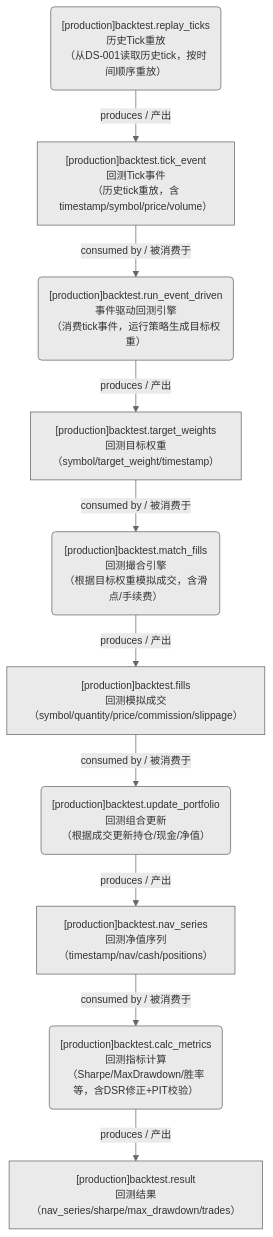
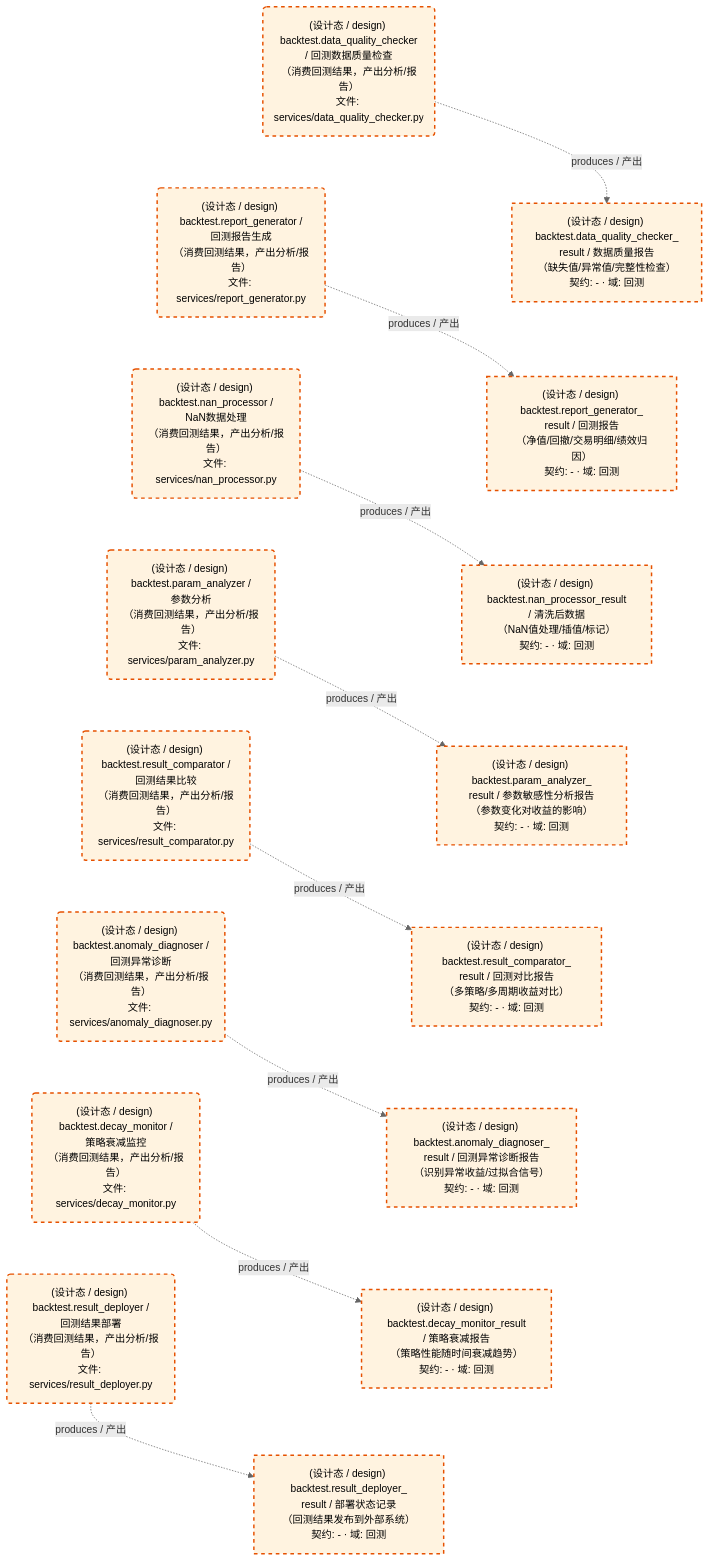
Before and after one commit to xuanFelixVan/ZephyrAlpha: the third of 3 diagrams in docs/02_enterprise_architecture/05_dataflow_architecture/d_backtest.md, drawn with Mermaid. The commit also changed other lines of this file and 15 other files, not shown here.

First line of the commit message:
feat(dataflow): 数据流图生成器模板 V1.2 全面升级——灰色主题+TD竖排+四要素+预折行+HTML联动

````diff
--- a/docs/02_enterprise_architecture/05_dataflow_architecture/d_backtest.md
+++ b/docs/02_enterprise_architecture/05_dataflow_architecture/d_backtest.md
@@ -121,23 +160,47 @@
 ```mermaid
-%%{init: {'theme': 'base', 'themeVariables': {'primaryColor': '#eaeaea', 'primaryTextColor': '#333333', 'primaryBorderColor': '#666666', 'lineColor': '#666666', 'secondaryColor': '#eaeaea', 'tertiaryColor': '#eaeaea', 'fontSize': '14px'}}}%%
+%%{init: {'theme': 'base', 'themeVariables': {'primaryColor': '#eaeaea', 'primaryTextColor': '#333333', 'primaryBorderColor': '#666666', 'lineColor': '#666666', 'secondaryColor': '#eaeaea', 'tertiaryColor': '#eaeaea', 'clusterBkg': 'transparent', 'clusterBorder': 'transparent', 'fontSize': '14px'}}}%%
 flowchart TD
-    DS12959["[production]backtest.fills<br/>回测模拟成交<br/>（symbol/quantity/price/commission/slippage）"]
-    DS12960["[production]backtest.nav_series<br/>回测净值序列<br/>（timestamp/nav/cash/positions）"]
-    DS12958["[production]backtest.target_weights<br/>回测目标权重<br/>（symbol/target_weight/timestamp）"]
-    DS12957["[production]backtest.tick_event<br/>回测Tick事件<br/>（历史tick重放，含timestamp/symbol/price/volume）"]
-    DS12956["[production]backtest.result<br/>回测结果<br/>（nav_series/sharpe/max_drawdown/trades）"]
-    JOB807126("[production]backtest.calc_metrics<br/>回测指标计算<br/>（Sharpe/MaxDrawdown/胜率等，含DSR修正+PIT校验）")
-    JOB807124("[production]backtest.match_fills<br/>回测撮合引擎<br/>（根据目标权重模拟成交，含滑点/手续费）")
-    JOB807122("[production]backtest.replay_ticks<br/>历史Tick重放<br/>（从DS-001读取历史tick，按时间顺序重放）")
-    JOB807123("[production]backtest.run_event_driven<br/>事件驱动回测引擎<br/>（消费tick事件，运行策略生成目标权重）")
-    JOB807125("[production]backtest.update_portfolio<br/>回测组合更新<br/>（根据成交更新持仓/现金/净值）")
-    JOB807126 -->|produces / 产出| DS12956
-    JOB807122 -->|produces / 产出| DS12957
-    JOB807123 -->|produces / 产出| DS12958
-    JOB807124 -->|produces / 产出| DS12959
-    JOB807125 -->|produces / 产出| DS12960
-    DS12957 -->|consumed by / 被消费于| JOB807123
-    DS12958 -->|consumed by / 被消费于| JOB807124
-    DS12959 -->|consumed by / 被消费于| JOB807125
-    DS12960 -->|consumed by / 被消费于| JOB807126
+    DS11245["(设计态 / design) backtest.anomaly_diagnoser_<br/>result / 回测异常诊断报告<br/>（识别异常收益/过拟合信号）<br/>契约: - · 域: 回测"]
+    DS11246["(设计态 / design) backtest.data_quality_checker_<br/>result / 数据质量报告<br/>（缺失值/异常值/完整性检查）<br/>契约: - · 域: 回测"]
+    DS11247["(设计态 / design) backtest.decay_monitor_result<br/>/ 策略衰减报告<br/>（策略性能随时间衰减趋势）<br/>契约: - · 域: 回测"]
+    DS11248["(设计态 / design) backtest.nan_processor_result<br/>/ 清洗后数据<br/>（NaN值处理/插值/标记）<br/>契约: - · 域: 回测"]
+    DS11249["(设计态 / design) backtest.param_analyzer_<br/>result / 参数敏感性分析报告<br/>（参数变化对收益的影响）<br/>契约: - · 域: 回测"]
+    DS11250["(设计态 / design) backtest.report_generator_<br/>result / 回测报告<br/>（净值/回撤/交易明细/绩效归因）<br/>契约: - · 域: 回测"]
+    DS11251["(设计态 / design) backtest.result_comparator_<br/>result / 回测对比报告<br/>（多策略/多周期收益对比）<br/>契约: - · 域: 回测"]
+    DS11252["(设计态 / design) backtest.result_deployer_<br/>result / 部署状态记录<br/>（回测结果发布到外部系统）<br/>契约: - · 域: 回测"]
+    JOB757609("(设计态 / design) backtest.anomaly_diagnoser /<br/>回测异常诊断<br/>（消费回测结果，产出分析/报告）<br/>文件: services/anomaly_diagnoser.py")
+    JOB757610("(设计态 / design) backtest.data_quality_checker<br/>/ 回测数据质量检查<br/>（消费回测结果，产出分析/报告）<br/>文件: services/data_quality_checker.py")
+    JOB757611("(设计态 / design) backtest.decay_monitor /<br/>策略衰减监控<br/>（消费回测结果，产出分析/报告）<br/>文件: services/decay_monitor.py")
+    JOB757612("(设计态 / design) backtest.nan_processor /<br/>NaN数据处理<br/>（消费回测结果，产出分析/报告）<br/>文件: services/nan_processor.py")
+    JOB757613("(设计态 / design) backtest.param_analyzer /<br/>参数分析<br/>（消费回测结果，产出分析/报告）<br/>文件: services/param_analyzer.py")
+    JOB757614("(设计态 / design) backtest.report_generator /<br/>回测报告生成<br/>（消费回测结果，产出分析/报告）<br/>文件: services/report_generator.py")
+    JOB757615("(设计态 / design) backtest.result_comparator /<br/>回测结果比较<br/>（消费回测结果，产出分析/报告）<br/>文件: services/result_comparator.py")
+    JOB757616("(设计态 / design) backtest.result_deployer /<br/>回测结果部署<br/>（消费回测结果，产出分析/报告）<br/>文件: services/result_deployer.py")
+    JOB757609 -.->|produces / 产出| DS11245
+    JOB757610 -.->|produces / 产出| DS11246
+    JOB757611 -.->|produces / 产出| DS11247
+    JOB757612 -.->|produces / 产出| DS11248
+    JOB757613 -.->|produces / 产出| DS11249
+    JOB757614 -.->|produces / 产出| DS11250
+    JOB757615 -.->|produces / 产出| DS11251
+    JOB757616 -.->|produces / 产出| DS11252
+    JOB757610 ~~~ JOB757614
+    JOB757614 ~~~ JOB757612
+    JOB757612 ~~~ JOB757613
+    JOB757613 ~~~ JOB757615
+    JOB757615 ~~~ JOB757609
+    JOB757609 ~~~ JOB757611
+    JOB757611 ~~~ JOB757616
+    DS11246 ~~~ DS11250
+    DS11250 ~~~ DS11248
+    DS11248 ~~~ DS11249
+    DS11249 ~~~ DS11251
+    DS11251 ~~~ DS11245
+    DS11245 ~~~ DS11247
+    DS11247 ~~~ DS11252
+    classDef production fill:#e1f5fe,stroke:#01579b,stroke-width:2px,color:#000
+    classDef design fill:#fff3e0,stroke:#e65100,stroke-width:2px,color:#000,stroke-dasharray: 5 5
+    classDef external_prod fill:#e8f4fd,stroke:#0277bd,stroke-width:1px,color:#000
+    classDef external_design fill:#fff8e7,stroke:#ef6c00,stroke-width:1px,color:#000,stroke-dasharray: 5 5
+    class DS11245,DS11246,DS11247,DS11248,DS11249,DS11250,DS11251,DS11252,JOB757609,JOB757610,JOB757611,JOB757612,JOB757613,JOB757614,JOB757615,JOB757616 design
 ```
````
